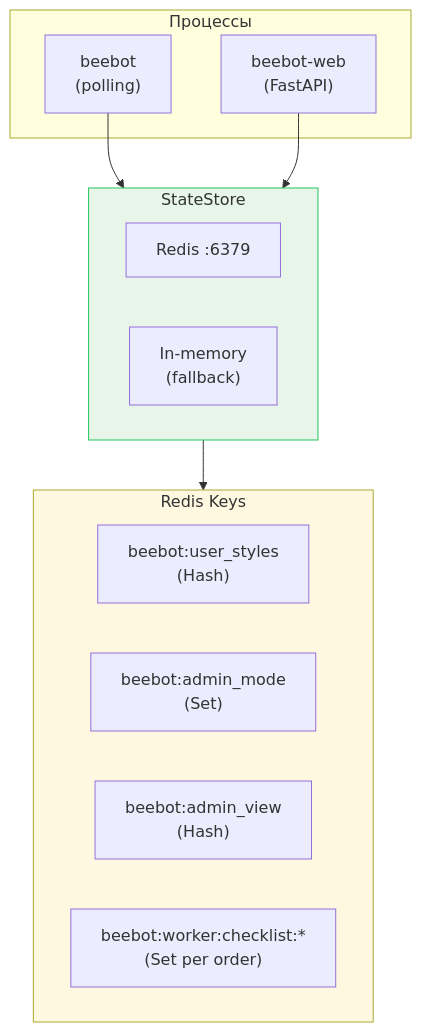
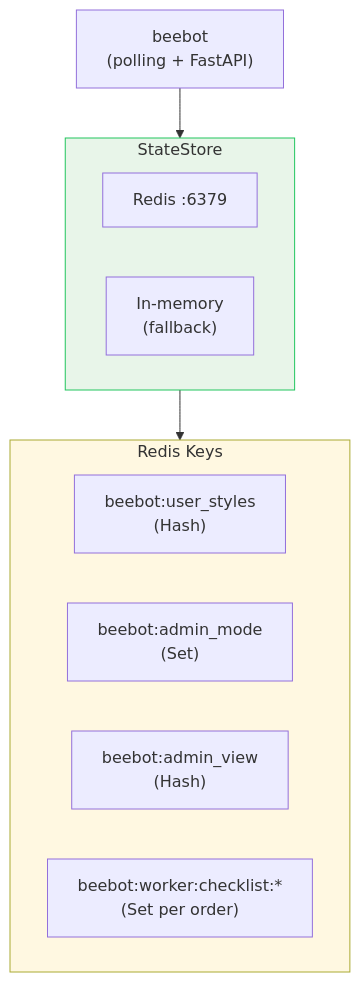
Before and after one commit to unidel2035/BEEBOT: the seventh of 15 diagrams in docs/architecture.md, drawn with Mermaid. The commit also changed other lines of this file and 4 other files, not shown here.

````diff
--- a/docs/architecture.md
+++ b/docs/architecture.md
@@ -333,26 +336,22 @@
 ```mermaid
 graph TB
-    subgraph PROCESSES["Процессы"]
-        BOT["beebot<br/>(polling)"]
-        WEB["beebot-web<br/>(FastAPI)"]
-    end
+    BEEBOT["beebot<br/>(polling + FastAPI)"]
 
     subgraph STORE["StateStore"]
         REDIS_STORE["Redis :6379"]
         FALLBACK["In-memory<br/>(fallback)"]
     end
 
     subgraph KEYS["Redis Keys"]
         K1["beebot:user_styles<br/>(Hash)"]
         K2["beebot:admin_mode<br/>(Set)"]
         K3["beebot:admin_view<br/>(Hash)"]
         K4["beebot:worker:checklist:*<br/>(Set per order)"]
     end
 
-    BOT --> STORE
-    WEB --> STORE
+    BEEBOT --> STORE
     STORE --> KEYS
 
     style STORE fill:#e8f5e9,stroke:#22c55e
     style KEYS fill:#fff8e1
 ```
````
